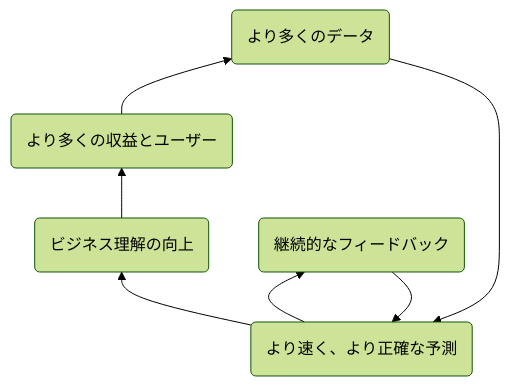
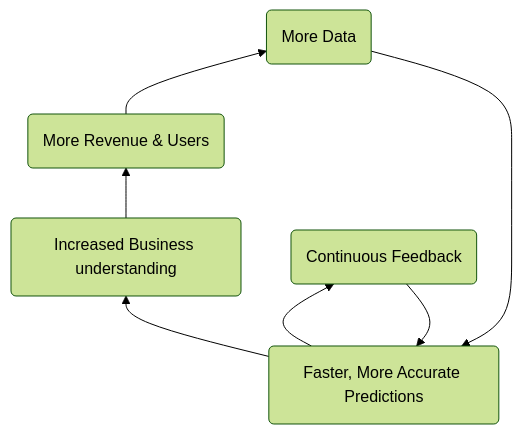
Before and after one commit to kyama0/gitlab-handbook-ja: the first of 2 diagrams in content/handbook/enterprise-data/organization/data-science/_index.md, drawn with Mermaid (forest theme). The commit also changed other lines of this file and 100 other files, not shown here.

````diff
--- a/content/handbook/enterprise-data/organization/data-science/_index.md
+++ b/content/handbook/enterprise-data/organization/data-science/_index.md
@@ -55,8 +55,8 @@
 ```mermaid
 graph BT;
-   id1(より速く、より正確な予測)-->id2(ビジネス理解の向上) & id5(継続的なフィードバック)
-   id2-->id3(より多くの収益とユーザー)
+   id1(Faster, More Accurate Predictions)-->id2(Increased Business understanding) & id5(Continuous Feedback)
+   id2-->id3(More Revenue & Users)
    id5-->id1
-   id3-->id4(より多くのデータ)
+   id3-->id4(More Data)
    id4-->id1
 ```
````
